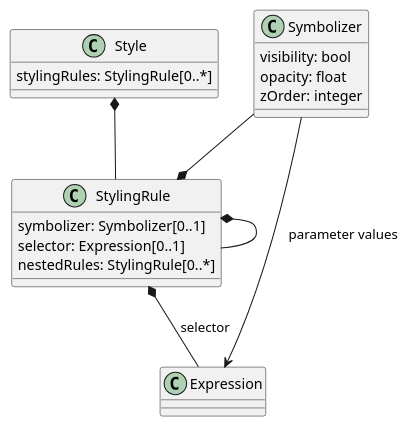
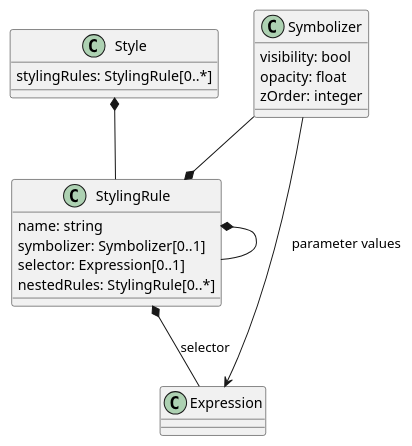
The first of 6 diagrams in 1-core/sections/clause_7_core.adoc (opengeospatial/styles-and-symbology), drawn with PlantUML before and after one commit. The commit also changed 1 other file, not shown here.

Commit message:
Add name on StylingRule. Fix UML diagram Add keywords on style metadata

```diff
--- a/1-core/sections/clause_7_core.adoc
+++ b/1-core/sections/clause_7_core.adoc
@@ -9,21 +9,22 @@
 [plantuml, target=diagram-classes, format=png]
 ....
 Style : stylingRules: StylingRule[0..*]
 Style *-- StylingRule
 
+StylingRule : name: string
 StylingRule : symbolizer: Symbolizer[0..1]
 StylingRule : selector: Expression[0..1]
 StylingRule : nestedRules: StylingRule[0..*]
 StylingRule *-- StylingRule
 StylingRule *-- Expression : selector
 
 Symbolizer : visibility: bool
 Symbolizer : opacity: float
 Symbolizer : zOrder: integer
 Symbolizer --* StylingRule
 Symbolizer --> Expression : parameter values
 
 /'Note: zOrder needs discussion on whether it should be relative or float
 and how to relate to encodings where the visual priority order
 comes from the order of the rules.'/
 ....
```
